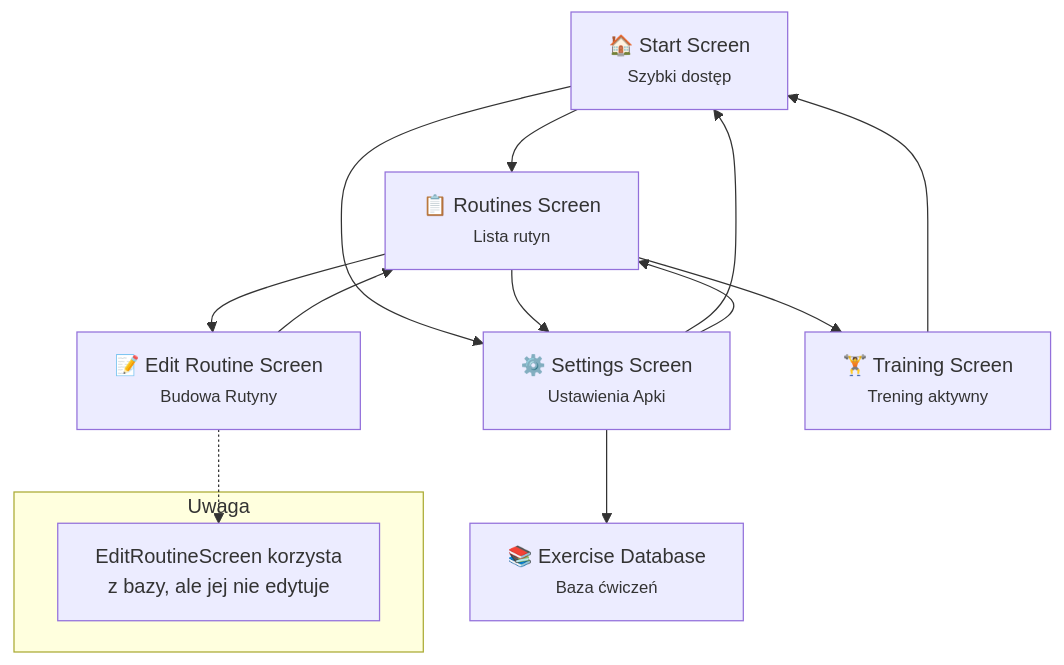
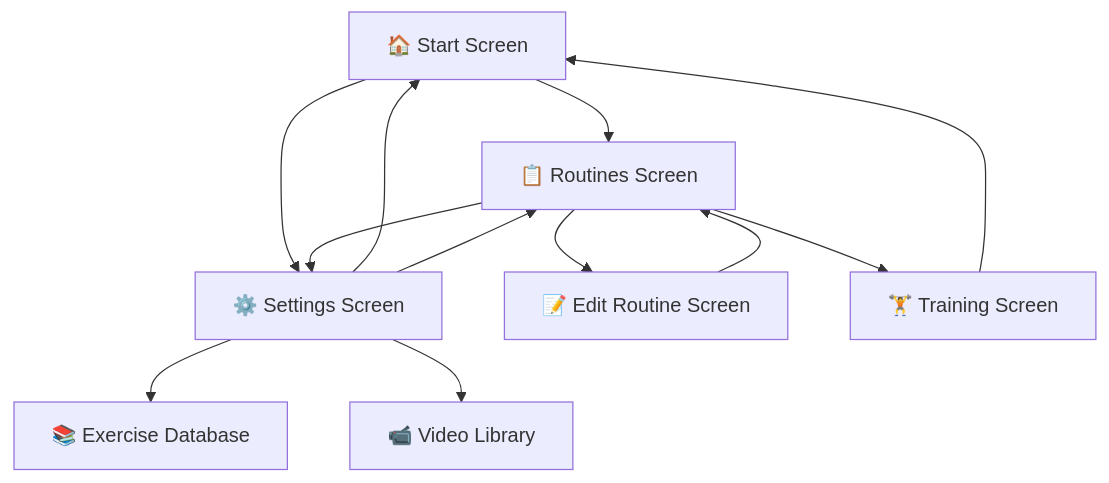
The diagram in README.md (Ramigiusz/GymApp), drawn with Mermaid before and after one commit. The commit also changed other lines of this file, not shown here.

````diff
--- a/README.md
+++ b/README.md
@@ -63,31 +68,25 @@
 ```mermaid
 flowchart TD
-    %% Ekrany główne
-    Start["🏠 Start Screen<br/><small>Szybki dostęp </small>"]
-    Settings["⚙️ Settings Screen<br/><small>Ustawienia Apki</small>"]
-    Routines["📋 Routines Screen<br/><small>Lista rutyn</small>"]
-    EditRoutine["📝 Edit Routine Screen<br/><small>Budowa Rutyny</small>"]
-    Training["🏋️ Training Screen<br/><small>Trening aktywny</small>"]
-    ExerciseDB["📚 Exercise Database<br/><small>Baza ćwiczeń</small>"]
+    Start["🏠 Start Screen"]
+    Settings["⚙️ Settings Screen"]
+    Routines["📋 Routines Screen"]
+    EditRoutine["📝 Edit Routine Screen"]
+    Training["🏋️ Training Screen"]
+    ExerciseDB["📚 Exercise Database"]
+    VideoLibrary["📹 Video Library"]
 
-    %% Nawigacja główna
     Start --> Routines
     Start --> Settings
 
     Settings --> ExerciseDB
+    Settings --> VideoLibrary
     Settings --> Start
     Settings --> Routines
 
     Routines --> EditRoutine
     Routines --> Training
     Routines --> Settings
 
     EditRoutine --> Routines
     Training --> Start
-
-    %% Przypis do EditRoutine
-    subgraph Uwaga
-        Note1["EditRoutineScreen korzysta<br/>z bazy, ale jej nie edytuje"]
-    end
-    EditRoutine -.-> Note1
 ```
````
